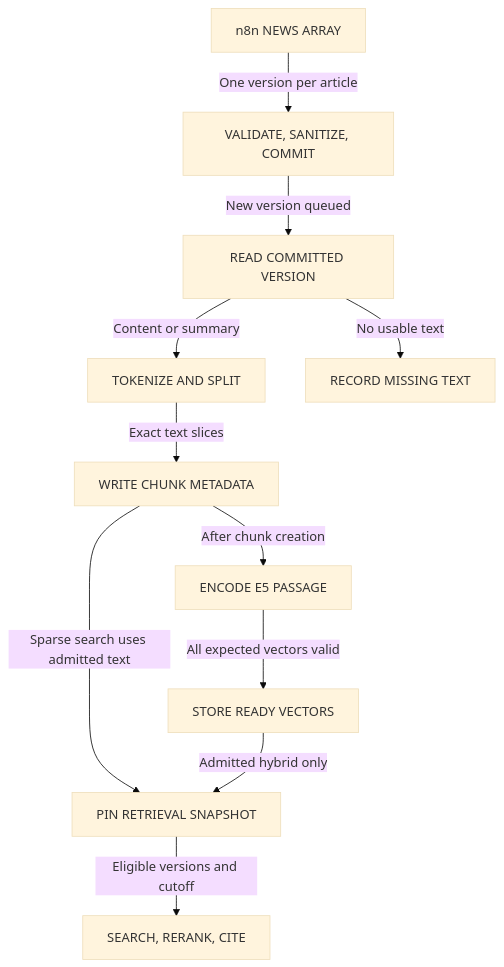
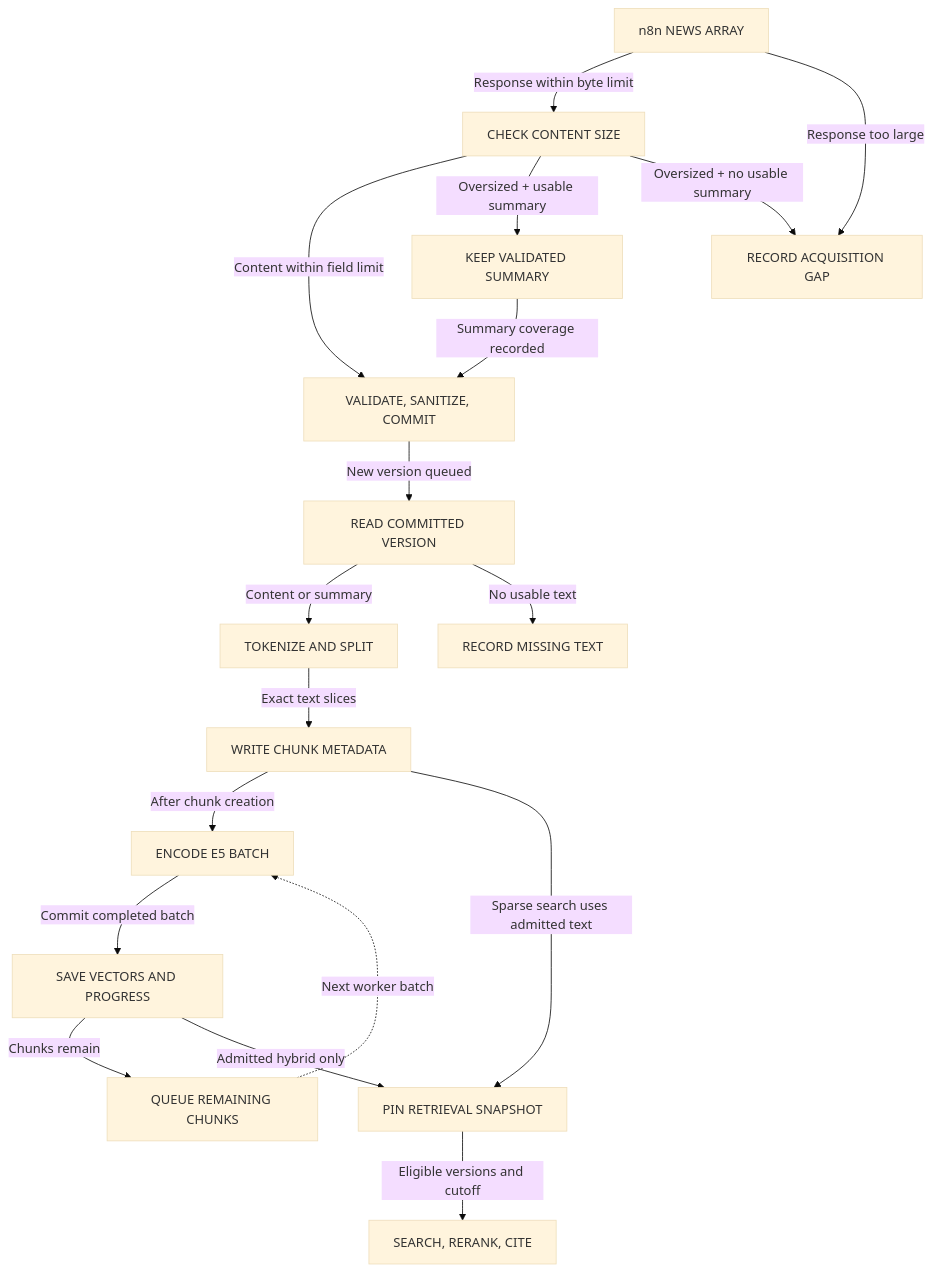
One commit to ByronHo68/ai-learning-academy changed the diagram in public/downloads/finance-diagrams/chunking-en.mmd. Above: the diagram before and after it, drawn with Mermaid (base theme). The commit also changed 14 other files, not shown here.

Commit message:
Explain news size limits and partial coverage in chunking lesson

```diff
--- a/public/downloads/finance-diagrams/chunking-en.mmd
+++ b/public/downloads/finance-diagrams/chunking-en.mmd
@@ -1,21 +1,32 @@
 flowchart TD
   n0["n8n NEWS ARRAY"]
-  n1["VALIDATE, SANITIZE, COMMIT"]
-  n2["READ COMMITTED VERSION"]
-  n3["TOKENIZE AND SPLIT"]
-  n4["RECORD MISSING TEXT"]
-  n5["WRITE CHUNK METADATA"]
-  n6["ENCODE E5 PASSAGE"]
-  n7["STORE READY VECTORS"]
-  n8["PIN RETRIEVAL SNAPSHOT"]
-  n9["SEARCH, RERANK, CITE"]
-  n0 -- "One version per article" --> n1
-  n1 -- "New version queued" --> n2
-  n2 -- "Content or summary" --> n3
-  n2 -- "No usable text" --> n4
-  n3 -- "Exact text slices" --> n5
-  n5 -- "After chunk creation" --> n6
-  n6 -- "All expected vectors valid" --> n7
-  n5 -- "Sparse search uses admitted text" --> n8
-  n7 -- "Admitted hybrid only" --> n8
-  n8 -- "Eligible versions and cutoff" --> n9
+  n1["CHECK CONTENT SIZE"]
+  n2["KEEP VALIDATED SUMMARY"]
+  n3["RECORD ACQUISITION GAP"]
+  n4["VALIDATE, SANITIZE, COMMIT"]
+  n5["READ COMMITTED VERSION"]
+  n6["TOKENIZE AND SPLIT"]
+  n7["RECORD MISSING TEXT"]
+  n8["WRITE CHUNK METADATA"]
+  n9["ENCODE E5 BATCH"]
+  n10["SAVE VECTORS AND PROGRESS"]
+  n11["QUEUE REMAINING CHUNKS"]
+  n12["PIN RETRIEVAL SNAPSHOT"]
+  n13["SEARCH, RERANK, CITE"]
+  n0 -- "Response within byte limit" --> n1
+  n0 -- "Response too large" --> n3
+  n1 -- "Content within field limit" --> n4
+  n1 -- "Oversized + usable summary" --> n2
+  n1 -- "Oversized + no usable summary" --> n3
+  n2 -- "Summary coverage recorded" --> n4
+  n4 -- "New version queued" --> n5
+  n5 -- "Content or summary" --> n6
+  n5 -- "No usable text" --> n7
+  n6 -- "Exact text slices" --> n8
+  n8 -- "After chunk creation" --> n9
+  n9 -- "Commit completed batch" --> n10
+  n10 -- "Chunks remain" --> n11
+  n11 -. "Next worker batch" .-> n9
+  n8 -- "Sparse search uses admitted text" --> n12
+  n10 -- "Admitted hybrid only" --> n12
+  n12 -- "Eligible versions and cutoff" --> n13
```
